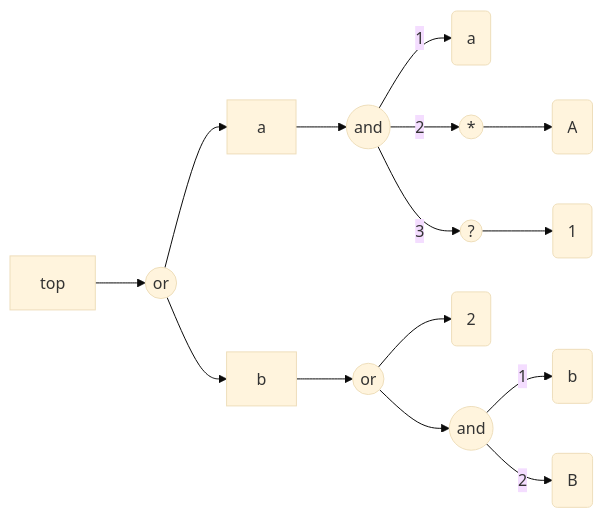
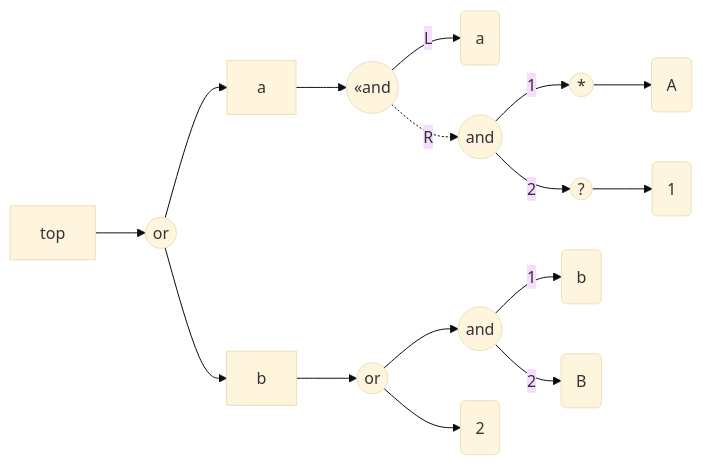
One commit to antononcube/RakuForPrediction-book changed the sixth of 10 diagrams in Articles/Graph-representation-of-grammars.md. Above: the diagram before and after it, drawn with Mermaid (base theme). The commit also changed other lines of this file and 1 other file, not shown here.

Commit message:
docs:Added LLMs section. Better diagrams and explanations.

````diff
--- a/Articles/Graph-representation-of-grammars.md
+++ b/Articles/Graph-representation-of-grammars.md
@@ -154,32 +167,34 @@
 ```mermaid
 graph LR
+	rep8((*))
+	seq14((and))
+	T:A("A")
+	T:b("b")
+	NT:b["b"]
+	T:2("2")
+	T:B("B")
+	seq7((and))
 	T:a("a")
-	rep7((*))
+	alt13((or))
 	alt1((or))
-	T:B("B")
-	T:A("A")
-	alt12((or))
-	T:b("b")
-	opt9((?))
+	NT:top["top"]
+	opt10((?))
 	NT:a["a"]
-	NT:top["top"]
-	NT:b["b"]
-	seq5((and))
-	T:2("2")
+	seqL5(("«and"))
 	T:1("1")
-	seq13((and))
 	alt1 --> NT:a
 	alt1 --> NT:b
 	NT:top --> alt1
-	rep7 --> T:A
-	opt9 --> T:1
-	seq5 --> |1|T:a
-	seq5 --> |2|rep7
-	seq5 --> |3|opt9
-	NT:a --> seq5
-	seq13 --> |1|T:b
-	seq13 --> |2|T:B
-	alt12 --> seq13
-	alt12 --> T:2
-	NT:b --> alt12
+	rep8 --> T:A
+	opt10 --> T:1
+	seq7 --> |1|rep8
+	seq7 --> |2|opt10
+	seqL5 --> |L|T:a
+	seqL5 -.-> |R|seq7
+	NT:a --> seqL5
+	seq14 --> |1|T:b
+	seq14 --> |2|T:B
+	alt13 --> seq14
+	alt13 --> T:2
+	NT:b --> alt13
 ```
````
